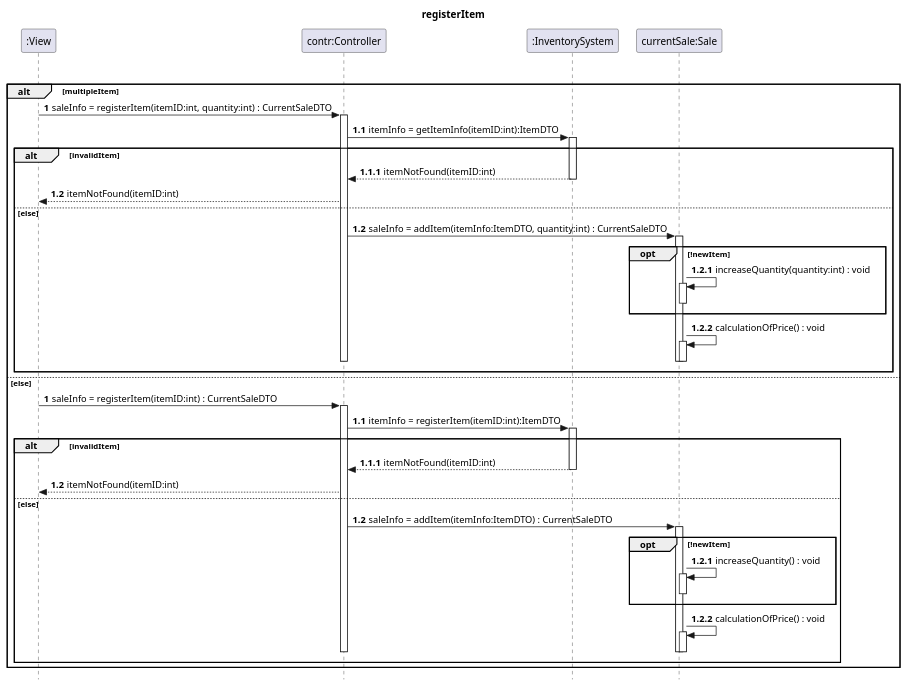
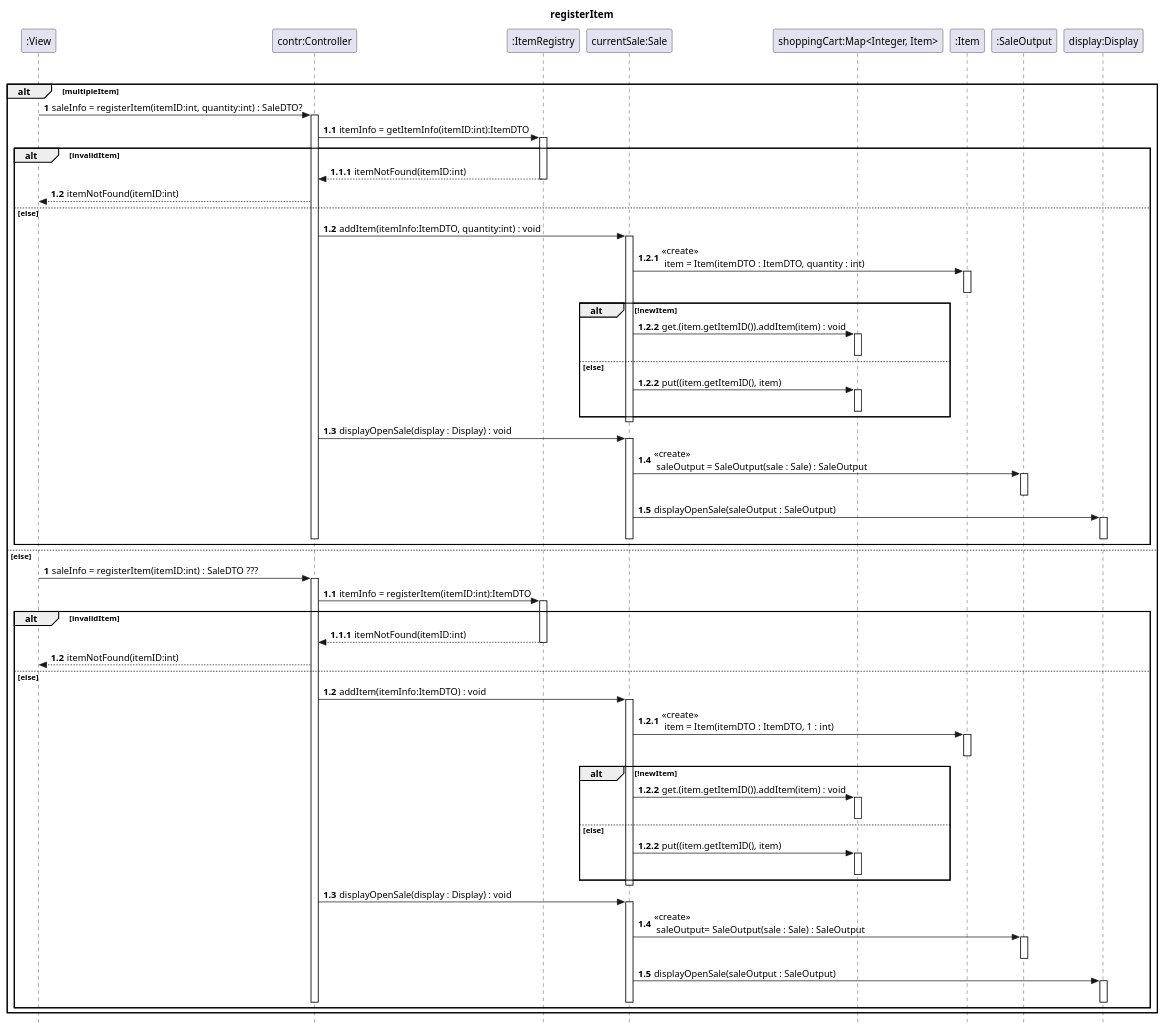
One commit to VincentFerrigan/kth-iv1350-object-oriented-design changed the fifth of 8 diagrams in uml/uml_v3.puml. Above: the diagram before and after it, drawn with PlantUML. The commit also changed other lines of this file, not shown here.

Commit message:
Updating uml. Not fully updated yet. What to do with SaleDTO? TODO: package privates and end of sale.

```diff
--- a/uml/uml_v3.puml
+++ b/uml/uml_v3.puml
@@ -330,90 +343,133 @@
 @startuml
 skinparam style strictuml
 
 title registerItem
 'REGISTERITEM
 hide unlinked
 participant ":View" as View
 participant "contr:Controller" as contr
-participant ":InventorySystem" as InventorySystem
+participant ":ItemRegistry" as ItemRegistry
 participant "currentSale:Sale" as currentSale
+participant "shoppingCart:Map<Integer, Item>" as shoppingCart
+participant ":Item" as Item
+participant ":SaleOutput" as SaleOutput
+participant "display:Display" as display
 
 loop moreItems
 '[validIdentifier]
     alt multipleItem
         autonumber 1
-        View -> contr : saleInfo = registerItem(itemID:int, quantity:int) : CurrentSaleDTO
+        View -> contr : saleInfo = registerItem(itemID:int, quantity:int) : SaleDTO?
         activate contr
 
         autonumber 1.1
 '        contr -> InventorySystem : itemInfo = registerItem(itemID:int):ItemDTO
-        contr -> InventorySystem : itemInfo = getItemInfo(itemID:int):ItemDTO
-        activate InventorySystem
+        contr -> ItemRegistry : itemInfo = getItemInfo(itemID:int):ItemDTO
+        activate ItemRegistry
         alt invalidItem
         autonumber 1.1.1
-        contr <-- InventorySystem : itemNotFound(itemID:int)
-        deactivate InventorySystem
+        contr <-- ItemRegistry : itemNotFound(itemID:int)
+        deactivate ItemRegistry
         autonumber 1.2
         View <-- contr : itemNotFound(itemID:int)
 
         else else
-        deactivate InventorySystem
-        note right: InventorySystem creates ItemDTO
+        deactivate ItemRegistry
+        note right: ItemRegistry creates ItemDTO
 
         autonumber 1.2
-        contr -> currentSale : saleInfo = addItem(itemInfo:ItemDTO, quantity:int) : CurrentSaleDTO
+        contr -> currentSale : addItem(itemInfo:ItemDTO, quantity:int) : void
         activate currentSale
-        opt !newItem
-            autonumber 1.2.1
-            currentSale -> currentSale : increaseQuantity(quantity:int) : void
-            activate currentSale
-            deactivate currentSale
+        autonumber 1.2.1
+        currentSale -> Item : <<create>> \n item = Item(itemDTO : ItemDTO, quantity : int)
+        activate Item
+        deactivate Item
+        alt !newItem
+            autonumber 1.2.2
+            currentSale -> shoppingCart : get.(item.getItemID()).addItem(item) : void
+            activate shoppingCart
+            deactivate shoppingCart
+        else else
+            autonumber 1.2.2
+            currentSale -> shoppingCart : put((item.getItemID(), item)
+            activate shoppingCart
+            deactivate shoppingCart
+
         end
-        autonumber 1.2.2
-        currentSale -> currentSale : calculationOfPrice() : void
+        deactivate currentSale
+        autonumber 1.3
+        contr -> currentSale : displayOpenSale(display : Display) : void
         activate currentSale
+        currentSale -> SaleOutput : <<create>> \n saleOutput = SaleOutput(sale : Sale) : SaleOutput
+        activate SaleOutput
+        deactivate SaleOutput
+        currentSale -> display : displayOpenSale(saleOutput : SaleOutput)
+        activate display
+'        display -> saleOutput : createOpenSaleString() : String
+'        activate saleOutput
+'        deactivate saleOutput
+        deactivate display
         deactivate currentSale
-        deactivate currentSale
+
         deactivate contr
         end
 
-    else else
-        autonumber 1
-        View -> contr : saleInfo = registerItem(itemID:int) : CurrentSaleDTO
-        activate contr
+        else else
+            autonumber 1
+            View -> contr : saleInfo = registerItem(itemID:int) : SaleDTO ???
+            activate contr
 
-        autonumber 1.1
-'        create InventorySystem
-        contr -> InventorySystem : itemInfo = registerItem(itemID:int):ItemDTO
-        activate InventorySystem
-        alt invalidItem
+            autonumber 1.1
+    '        create InventorySystem
+            contr -> ItemRegistry : itemInfo = registerItem(itemID:int):ItemDTO
+            activate ItemRegistry
+            alt invalidItem
 
-        autonumber 1.1.1
-        contr <-- InventorySystem : itemNotFound(itemID:int)
-        deactivate InventorySystem
-        autonumber 1.2
-        View <-- contr : itemNotFound(itemID:int)
+            autonumber 1.1.1
+            contr <-- ItemRegistry : itemNotFound(itemID:int)
+            deactivate ItemRegistry
+            autonumber 1.2
+            View <-- contr : itemNotFound(itemID:int)
 
+            else else
+            deactivate ItemRegistry
+
+            autonumber 1.2
+            contr -> currentSale : addItem(itemInfo:ItemDTO) : void
+            activate currentSale
+        autonumber 1.2.1
+        currentSale -> Item : <<create>> \n item = Item(itemDTO : ItemDTO, 1 : int)
+        activate Item
+        deactivate Item
+        alt !newItem
+            autonumber 1.2.2
+            currentSale -> shoppingCart : get.(item.getItemID()).addItem(item) : void
+            activate shoppingCart
+            deactivate shoppingCart
         else else
-        deactivate InventorySystem
+            autonumber 1.2.2
+            currentSale -> shoppingCart : put((item.getItemID(), item)
+            activate shoppingCart
+            deactivate shoppingCart
 
-        autonumber 1.2
-        contr -> currentSale : saleInfo = addItem(itemInfo:ItemDTO) : CurrentSaleDTO
+        end
+        deactivate currentSale
+        deactivate currentSale
+
+        autonumber 1.3
+        contr -> currentSale : displayOpenSale(display : Display) : void
         activate currentSale
-    opt !newItem
-        autonumber 1.2.1
-        currentSale -> currentSale : increaseQuantity() : void
-        activate currentSale
+        currentSale -> SaleOutput : <<create>> \n saleOutput= SaleOutput(sale : Sale) : SaleOutput
+        activate SaleOutput
+        deactivate SaleOutput
+        currentSale -> display : displayOpenSale(saleOutput : SaleOutput)
+        activate display
+        deactivate display
         deactivate currentSale
+
+        deactivate contr
     end
-    autonumber 1.2.2
-    currentSale -> currentSale : calculationOfPrice() : void
-    activate currentSale
-    deactivate currentSale
-    deactivate currentSale
-    deactivate contr
-end
 end
 
 autonumber stop
 @enduml
```
